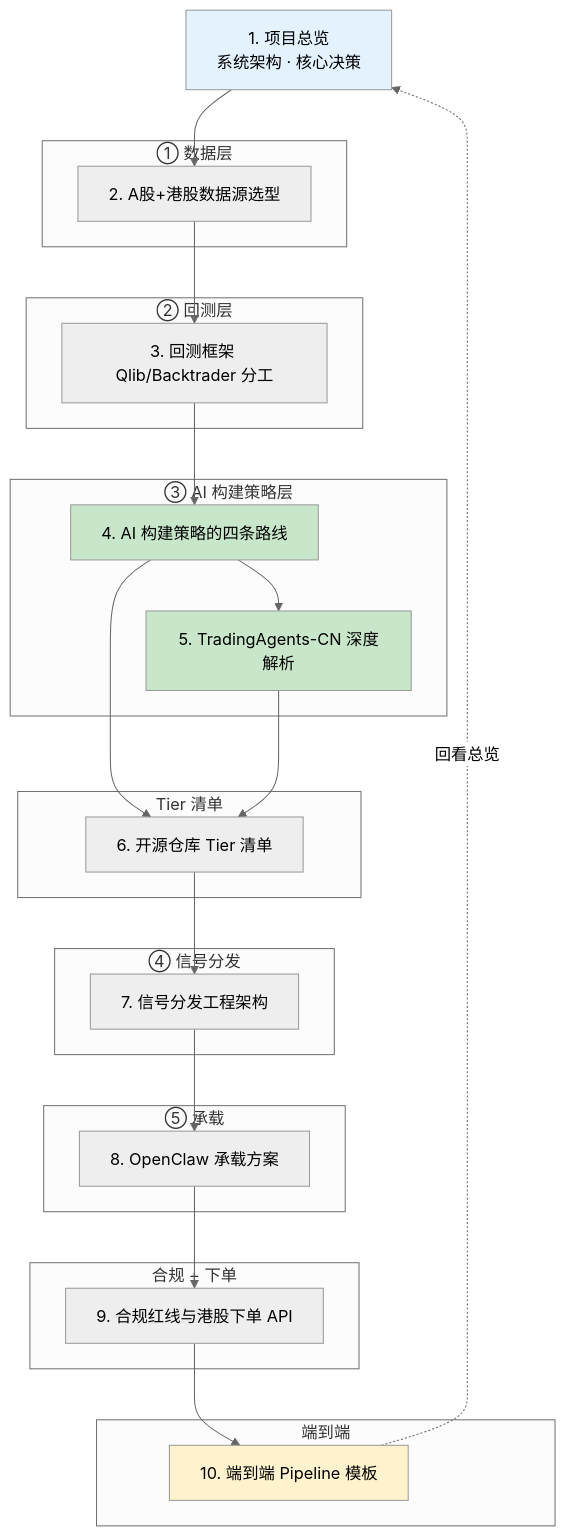
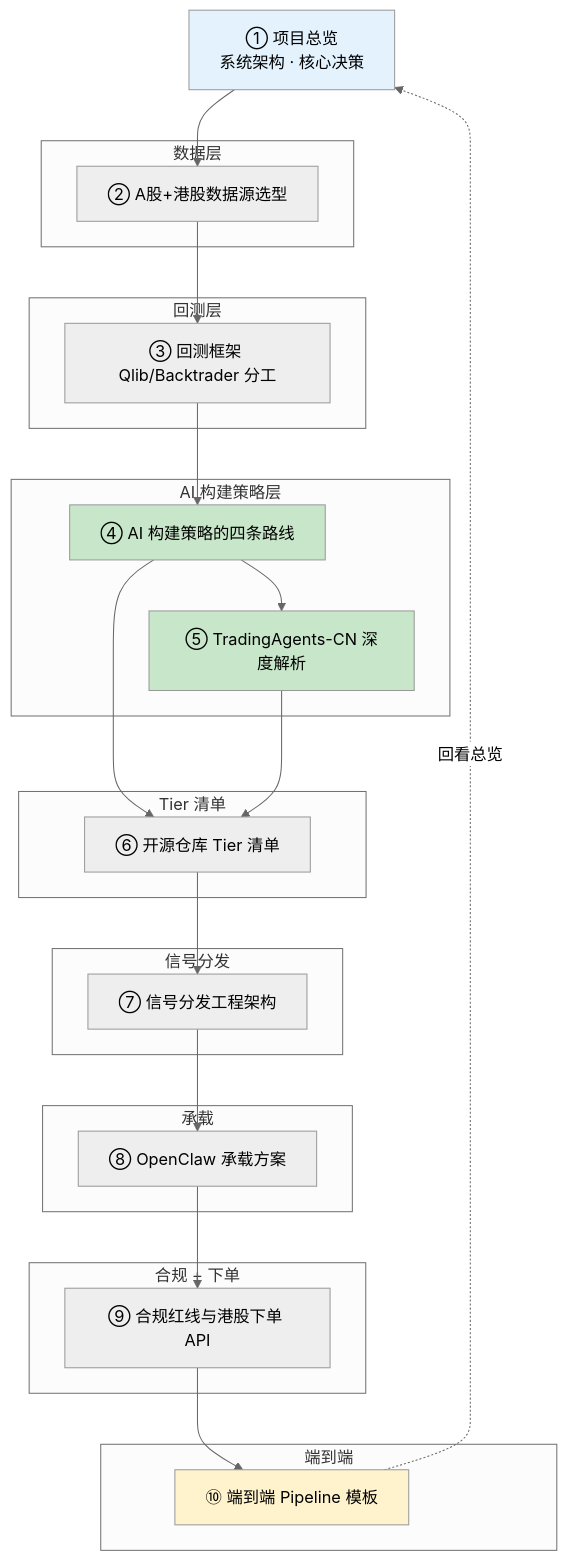
One commit to ohday/BranKm changed the first of 3 diagrams in projects/ai-swing-reminder-hkcn/index.md. Above: the diagram before and after it, drawn with Mermaid (neutral theme).

Commit message:
km: fix ai-swing-reminder-hkcn index mermaid — replace '1. ...' node labels with circled digits
Obsidian Mermaid v10+ renders node labels with htmlLabels enabled, causing
'N. xxx' prefixes to be interpreted as Markdown ordered-list syntax and
displayed as 'Unsupported markdown: list'. Replace all N.-prefix page node
labels with circled digit prefixes (①②③...) to avoid the parse issue.

````diff
--- a/projects/ai-swing-reminder-hkcn/index.md
+++ b/projects/ai-swing-reminder-hkcn/index.md
@@ -17,54 +17,54 @@
 ```mermaid
 flowchart TB
-    O["1. 项目总览<br/>系统架构 · 核心决策"]
+    O["① 项目总览<br/>系统架构 · 核心决策"]
 
-    subgraph L1 ["① 数据层"]
-        P2["2. A股+港股数据源选型"]
+    subgraph L1 ["数据层"]
+        P2["② A股+港股数据源选型"]
     end
 
-    subgraph L2 ["② 回测层"]
-        P3["3. 回测框架 Qlib/Backtrader 分工"]
+    subgraph L2 ["回测层"]
+        P3["③ 回测框架 Qlib/Backtrader 分工"]
     end
 
-    subgraph L3 ["③ AI 构建策略层"]
-        P4["4. AI 构建策略的四条路线"]
-        P5["5. TradingAgents-CN 深度解析"]
+    subgraph L3 ["AI 构建策略层"]
+        P4["④ AI 构建策略的四条路线"]
+        P5["⑤ TradingAgents-CN 深度解析"]
     end
 
     subgraph L4 ["Tier 清单"]
-        P6["6. 开源仓库 Tier 清单"]
+        P6["⑥ 开源仓库 Tier 清单"]
     end
 
-    subgraph L5 ["④ 信号分发"]
-        P7["7. 信号分发工程架构"]
+    subgraph L5 ["信号分发"]
+        P7["⑦ 信号分发工程架构"]
     end
 
-    subgraph L6 ["⑤ 承载"]
-        P8["8. OpenClaw 承载方案"]
+    subgraph L6 ["承载"]
+        P8["⑧ OpenClaw 承载方案"]
     end
 
     subgraph L7 ["合规 + 下单"]
-        P9["9. 合规红线与港股下单 API"]
+        P9["⑨ 合规红线与港股下单 API"]
     end
 
     subgraph L8 ["端到端"]
-        P10["10. 端到端 Pipeline 模板"]
+        P10["⑩ 端到端 Pipeline 模板"]
     end
 
     O --> P2
     P2 --> P3
     P3 --> P4
     P4 --> P5
     P4 --> P6
     P5 --> P6
     P6 --> P7
     P7 --> P8
     P8 --> P9
     P9 --> P10
     P10 -.回看总览.-> O
 
     style O fill:#e3f2fd
     style P4 fill:#c8e6c9
     style P5 fill:#c8e6c9
     style P10 fill:#fff3cd
 ```
````
